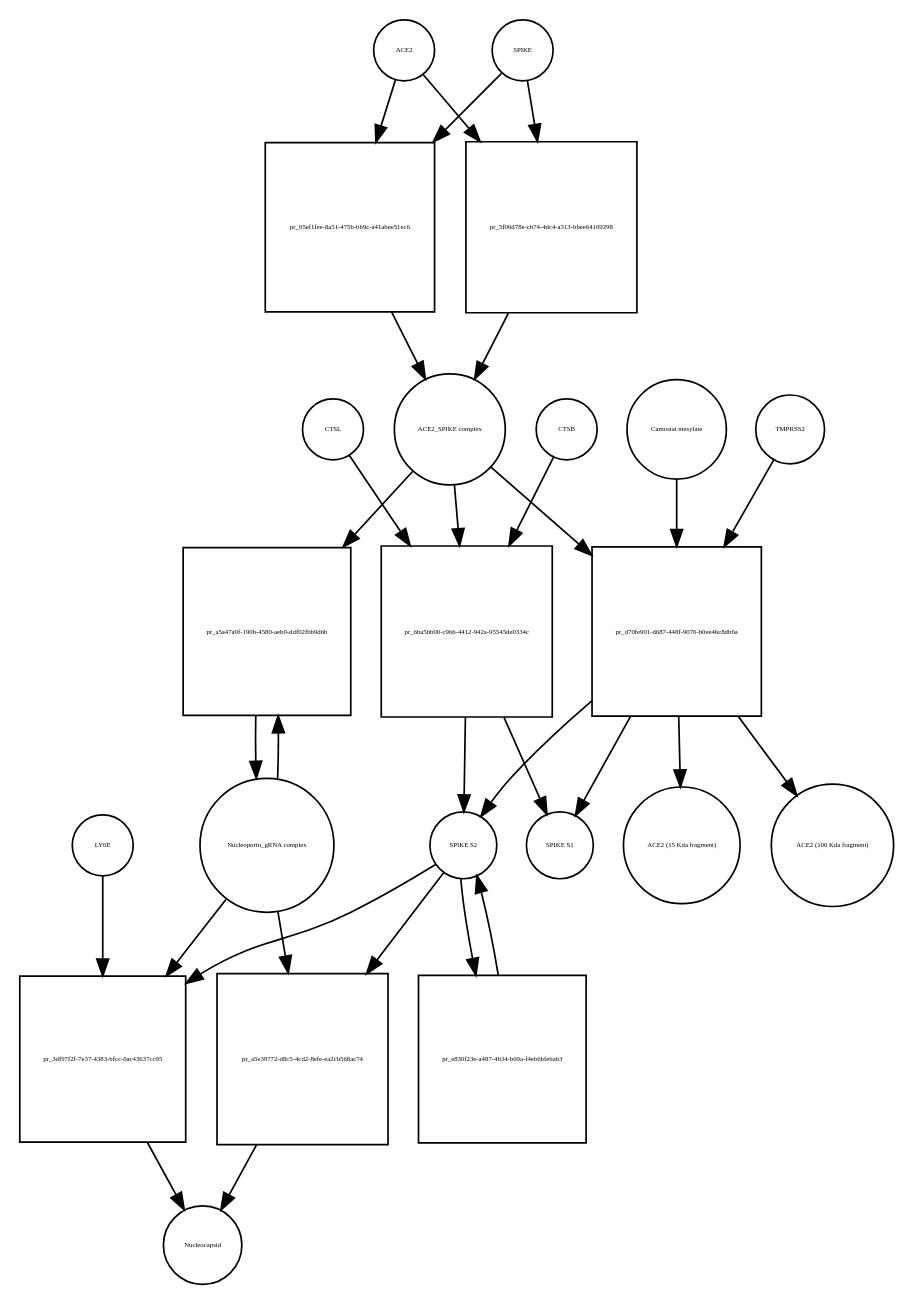
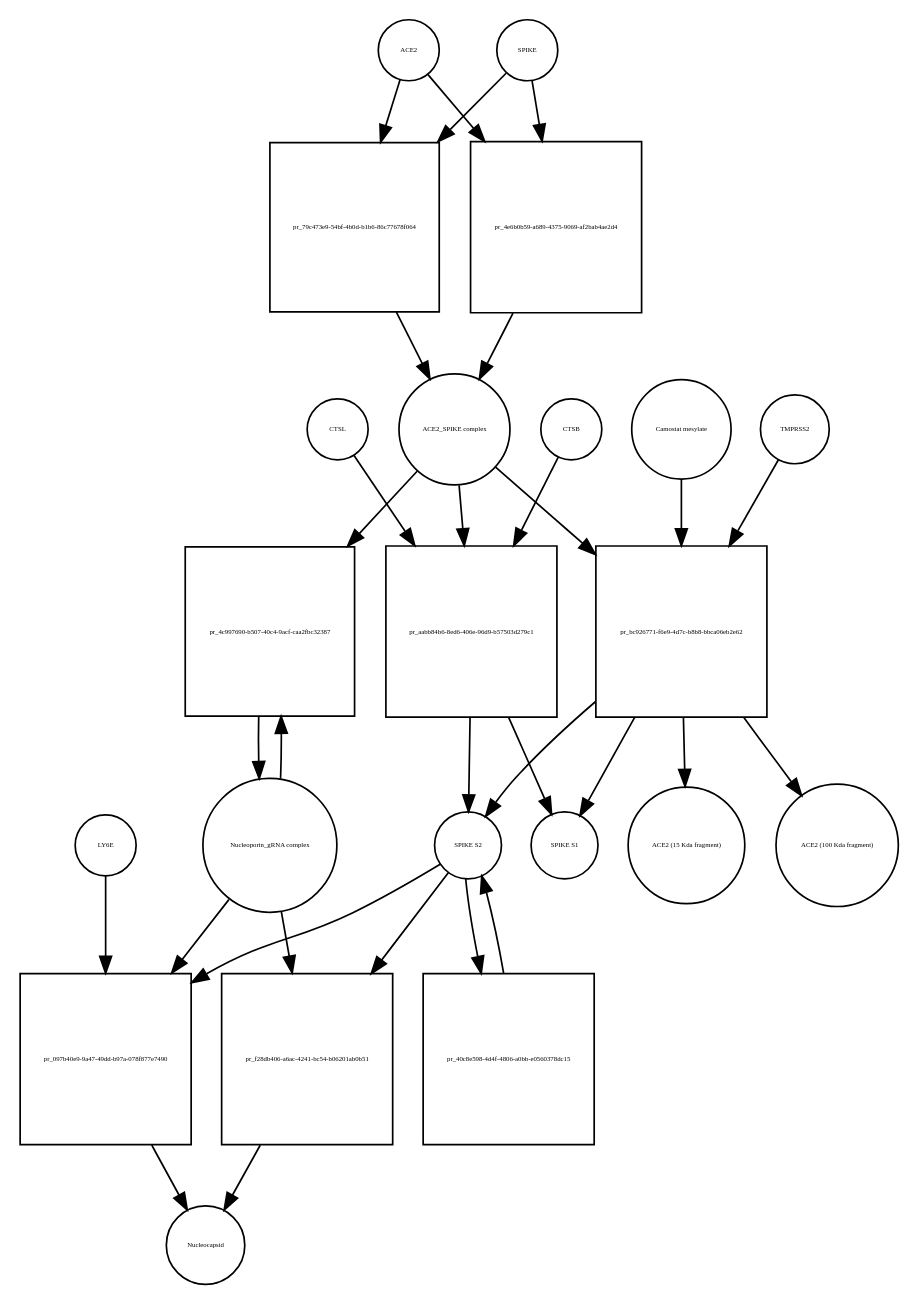
Before and after one commit to cannin/covid19-sbgn: the diagram in Virus_replication_cycle_V02.xml_bipartite.dot, drawn with Graphviz. The commit also changed 637 other files, not shown here.

```diff
--- a/Virus_replication_cycle_V02.xml_bipartite.dot
+++ b/Virus_replication_cycle_V02.xml_bipartite.dot
@@ -1,54 +1,54 @@
 strict digraph  {
 ACE2 [annotation="", bipartite=0, cls=macromolecule, fontsize=4, label=ACE2, shape=circle];
-"pr_05ef1fee-8a51-475b-bb9c-a41abee51ec6" [annotation="", bipartite=1, cls=process, fontsize=4, label="pr_05ef1fee-8a51-475b-bb9c-a41abee51ec6", shape=square];
+"pr_79c473e9-54bf-4b0d-b1b6-86c77678f064" [annotation="", bipartite=1, cls=process, fontsize=4, label="pr_79c473e9-54bf-4b0d-b1b6-86c77678f064", shape=square];
 "ACE2_SPIKE complex" [annotation="", bipartite=0, cls=complex, fontsize=4, label="ACE2_SPIKE complex", shape=circle];
 SPIKE [annotation="", bipartite=0, cls="macromolecule multimer", fontsize=4, label=SPIKE, shape=circle];
 "Nucleoporin_gRNA complex " [annotation="", bipartite=0, cls=complex, fontsize=4, label="Nucleoporin_gRNA complex ", shape=circle];
-"pr_a5a47a9f-190b-4580-aeb0-ddf02fbb9d6b" [annotation="", bipartite=1, cls=process, fontsize=4, label="pr_a5a47a9f-190b-4580-aeb0-ddf02fbb9d6b", shape=square];
-"pr_6ba5bb00-c966-4412-942a-95545de0334c" [annotation="", bipartite=1, cls=process, fontsize=4, label="pr_6ba5bb00-c966-4412-942a-95545de0334c", shape=square];
+"pr_4c997690-b507-40c4-9acf-caa2fbc32387" [annotation="", bipartite=1, cls=process, fontsize=4, label="pr_4c997690-b507-40c4-9acf-caa2fbc32387", shape=square];
+"pr_aabb84b6-8ed6-406e-96d9-b57503d279c1" [annotation="", bipartite=1, cls=process, fontsize=4, label="pr_aabb84b6-8ed6-406e-96d9-b57503d279c1", shape=square];
 "SPIKE S2" [annotation="", bipartite=0, cls=macromolecule, fontsize=4, label="SPIKE S2", shape=circle];
 CTSB [annotation="", bipartite=0, cls=macromolecule, fontsize=4, label=CTSB, shape=circle];
 CTSL [annotation="", bipartite=0, cls=macromolecule, fontsize=4, label=CTSL, shape=circle];
 "SPIKE S1" [annotation="", bipartite=0, cls=macromolecule, fontsize=4, label="SPIKE S1", shape=circle];
-"pr_d70fe901-d687-448f-9076-b0ee46c8db6a" [annotation="", bipartite=1, cls=process, fontsize=4, label="pr_d70fe901-d687-448f-9076-b0ee46c8db6a", shape=square];
+"pr_bc926771-f6e9-4d7c-b8b8-bbca06eb2e62" [annotation="", bipartite=1, cls=process, fontsize=4, label="pr_bc926771-f6e9-4d7c-b8b8-bbca06eb2e62", shape=square];
 TMPRSS2 [annotation="", bipartite=0, cls=macromolecule, fontsize=4, label=TMPRSS2, shape=circle];
 "Camostat mesylate" [annotation="urn_miriam_pubchem.compound_2536", bipartite=0, cls="simple chemical", fontsize=4, label="Camostat mesylate", shape=circle];
 "ACE2 (15 Kda fragment)" [annotation="", bipartite=0, cls=macromolecule, fontsize=4, label="ACE2 (15 Kda fragment)", shape=circle];
 "ACE2 (100 Kda fragment)" [annotation="", bipartite=0, cls=macromolecule, fontsize=4, label="ACE2 (100 Kda fragment)", shape=circle];
-"pr_5f06d78e-cb74-4dc4-a313-bbee64169298" [annotation="", bipartite=1, cls=process, fontsize=4, label="pr_5f06d78e-cb74-4dc4-a313-bbee64169298", shape=square];
-"pr_3df97f2f-7e37-4383-bfcc-0ac43637cc95" [annotation="", bipartite=1, cls=process, fontsize=4, label="pr_3df97f2f-7e37-4383-bfcc-0ac43637cc95", shape=square];
+"pr_4e6b0b59-a689-4375-9069-af2bab4ae2d4" [annotation="", bipartite=1, cls=process, fontsize=4, label="pr_4e6b0b59-a689-4375-9069-af2bab4ae2d4", shape=square];
+"pr_097b40e9-9a47-49dd-b97a-078f877e7490" [annotation="", bipartite=1, cls=process, fontsize=4, label="pr_097b40e9-9a47-49dd-b97a-078f877e7490", shape=square];
 Nucleocapsid [annotation="", bipartite=0, cls=complex, fontsize=4, label=Nucleocapsid, shape=circle];
 LY6E [annotation="", bipartite=0, cls=macromolecule, fontsize=4, label=LY6E, shape=circle];
-"pr_e830f23e-a487-4b34-b69a-f4eb6bfebab3" [annotation="", bipartite=1, cls=process, fontsize=4, label="pr_e830f23e-a487-4b34-b69a-f4eb6bfebab3", shape=square];
-"pr_a5e39772-d8c5-4cd2-8efe-ea2cb568ac74" [annotation="", bipartite=1, cls=process, fontsize=4, label="pr_a5e39772-d8c5-4cd2-8efe-ea2cb568ac74", shape=square];
-ACE2 -> "pr_05ef1fee-8a51-475b-bb9c-a41abee51ec6"  [annotation="", interaction_type=consumption];
-ACE2 -> "pr_5f06d78e-cb74-4dc4-a313-bbee64169298"  [annotation="", interaction_type=consumption];
-"pr_05ef1fee-8a51-475b-bb9c-a41abee51ec6" -> "ACE2_SPIKE complex"  [annotation="", interaction_type=production];
-"ACE2_SPIKE complex" -> "pr_a5a47a9f-190b-4580-aeb0-ddf02fbb9d6b"  [annotation="urn_miriam_pubmed_32142651|urn_miriam_pubmed_32094589", interaction_type=stimulation];
-"ACE2_SPIKE complex" -> "pr_6ba5bb00-c966-4412-942a-95545de0334c"  [annotation="", interaction_type=consumption];
-"ACE2_SPIKE complex" -> "pr_d70fe901-d687-448f-9076-b0ee46c8db6a"  [annotation="", interaction_type=consumption];
-SPIKE -> "pr_05ef1fee-8a51-475b-bb9c-a41abee51ec6"  [annotation="", interaction_type=consumption];
-SPIKE -> "pr_5f06d78e-cb74-4dc4-a313-bbee64169298"  [annotation="", interaction_type=consumption];
-"Nucleoporin_gRNA complex " -> "pr_a5a47a9f-190b-4580-aeb0-ddf02fbb9d6b"  [annotation="", interaction_type=consumption];
-"Nucleoporin_gRNA complex " -> "pr_3df97f2f-7e37-4383-bfcc-0ac43637cc95"  [annotation="", interaction_type=consumption];
-"Nucleoporin_gRNA complex " -> "pr_a5e39772-d8c5-4cd2-8efe-ea2cb568ac74"  [annotation="", interaction_type=consumption];
-"pr_a5a47a9f-190b-4580-aeb0-ddf02fbb9d6b" -> "Nucleoporin_gRNA complex "  [annotation="", interaction_type=production];
-"pr_6ba5bb00-c966-4412-942a-95545de0334c" -> "SPIKE S2"  [annotation="", interaction_type=production];
-"pr_6ba5bb00-c966-4412-942a-95545de0334c" -> "SPIKE S1"  [annotation="", interaction_type=production];
-"SPIKE S2" -> "pr_3df97f2f-7e37-4383-bfcc-0ac43637cc95"  [annotation="urn_miriam_doi_10.1101%2F2020.03.05.979260|urn_miriam_doi_10.1101%2F2020.04.02.021469", interaction_type=stimulation];
-"SPIKE S2" -> "pr_e830f23e-a487-4b34-b69a-f4eb6bfebab3"  [annotation="", interaction_type=consumption];
-"SPIKE S2" -> "pr_a5e39772-d8c5-4cd2-8efe-ea2cb568ac74"  [annotation="", interaction_type=stimulation];
-CTSB -> "pr_6ba5bb00-c966-4412-942a-95545de0334c"  [annotation=urn_miriam_pubmed_32142651, interaction_type=catalysis];
-CTSL -> "pr_6ba5bb00-c966-4412-942a-95545de0334c"  [annotation=urn_miriam_pubmed_32142651, interaction_type=catalysis];
-"pr_d70fe901-d687-448f-9076-b0ee46c8db6a" -> "SPIKE S2"  [annotation="", interaction_type=production];
-"pr_d70fe901-d687-448f-9076-b0ee46c8db6a" -> "SPIKE S1"  [annotation="", interaction_type=production];
-"pr_d70fe901-d687-448f-9076-b0ee46c8db6a" -> "ACE2 (15 Kda fragment)"  [annotation="", interaction_type=production];
-"pr_d70fe901-d687-448f-9076-b0ee46c8db6a" -> "ACE2 (100 Kda fragment)"  [annotation="", interaction_type=production];
-TMPRSS2 -> "pr_d70fe901-d687-448f-9076-b0ee46c8db6a"  [annotation="urn_miriam_pubmed_32142651|urn_miriam_pubmed_32094589|urn_miriam_pubmed_24227843", interaction_type=catalysis];
-"Camostat mesylate" -> "pr_d70fe901-d687-448f-9076-b0ee46c8db6a"  [annotation="urn_miriam_pubmed_32142651|urn_miriam_pubmed_32094589|urn_miriam_pubmed_24227843", interaction_type=inhibition];
-"pr_5f06d78e-cb74-4dc4-a313-bbee64169298" -> "ACE2_SPIKE complex"  [annotation="", interaction_type=production];
-"pr_3df97f2f-7e37-4383-bfcc-0ac43637cc95" -> Nucleocapsid  [annotation="", interaction_type=production];
-LY6E -> "pr_3df97f2f-7e37-4383-bfcc-0ac43637cc95"  [annotation="urn_miriam_doi_10.1101%2F2020.03.05.979260|urn_miriam_doi_10.1101%2F2020.04.02.021469", interaction_type=inhibition];
-"pr_e830f23e-a487-4b34-b69a-f4eb6bfebab3" -> "SPIKE S2"  [annotation="", interaction_type=production];
-"pr_a5e39772-d8c5-4cd2-8efe-ea2cb568ac74" -> Nucleocapsid  [annotation="", interaction_type=production];
+"pr_40c8e598-4d4f-4806-a0bb-e0560378dc15" [annotation="", bipartite=1, cls=process, fontsize=4, label="pr_40c8e598-4d4f-4806-a0bb-e0560378dc15", shape=square];
+"pr_f28db406-a6ac-4241-bc54-b06201ab0b51" [annotation="", bipartite=1, cls=process, fontsize=4, label="pr_f28db406-a6ac-4241-bc54-b06201ab0b51", shape=square];
+ACE2 -> "pr_79c473e9-54bf-4b0d-b1b6-86c77678f064"  [annotation="", interaction_type=consumption];
+ACE2 -> "pr_4e6b0b59-a689-4375-9069-af2bab4ae2d4"  [annotation="", interaction_type=consumption];
+"pr_79c473e9-54bf-4b0d-b1b6-86c77678f064" -> "ACE2_SPIKE complex"  [annotation="", interaction_type=production];
+"ACE2_SPIKE complex" -> "pr_4c997690-b507-40c4-9acf-caa2fbc32387"  [annotation="urn_miriam_pubmed_32142651|urn_miriam_pubmed_32094589", interaction_type=stimulation];
+"ACE2_SPIKE complex" -> "pr_aabb84b6-8ed6-406e-96d9-b57503d279c1"  [annotation="", interaction_type=consumption];
+"ACE2_SPIKE complex" -> "pr_bc926771-f6e9-4d7c-b8b8-bbca06eb2e62"  [annotation="", interaction_type=consumption];
+SPIKE -> "pr_79c473e9-54bf-4b0d-b1b6-86c77678f064"  [annotation="", interaction_type=consumption];
+SPIKE -> "pr_4e6b0b59-a689-4375-9069-af2bab4ae2d4"  [annotation="", interaction_type=consumption];
+"Nucleoporin_gRNA complex " -> "pr_4c997690-b507-40c4-9acf-caa2fbc32387"  [annotation="", interaction_type=consumption];
+"Nucleoporin_gRNA complex " -> "pr_097b40e9-9a47-49dd-b97a-078f877e7490"  [annotation="", interaction_type=consumption];
+"Nucleoporin_gRNA complex " -> "pr_f28db406-a6ac-4241-bc54-b06201ab0b51"  [annotation="", interaction_type=consumption];
+"pr_4c997690-b507-40c4-9acf-caa2fbc32387" -> "Nucleoporin_gRNA complex "  [annotation="", interaction_type=production];
+"pr_aabb84b6-8ed6-406e-96d9-b57503d279c1" -> "SPIKE S2"  [annotation="", interaction_type=production];
+"pr_aabb84b6-8ed6-406e-96d9-b57503d279c1" -> "SPIKE S1"  [annotation="", interaction_type=production];
+"SPIKE S2" -> "pr_097b40e9-9a47-49dd-b97a-078f877e7490"  [annotation="urn_miriam_doi_10.1101%2F2020.03.05.979260|urn_miriam_doi_10.1101%2F2020.04.02.021469", interaction_type=stimulation];
+"SPIKE S2" -> "pr_40c8e598-4d4f-4806-a0bb-e0560378dc15"  [annotation="", interaction_type=consumption];
+"SPIKE S2" -> "pr_f28db406-a6ac-4241-bc54-b06201ab0b51"  [annotation="", interaction_type=stimulation];
+CTSB -> "pr_aabb84b6-8ed6-406e-96d9-b57503d279c1"  [annotation=urn_miriam_pubmed_32142651, interaction_type=catalysis];
+CTSL -> "pr_aabb84b6-8ed6-406e-96d9-b57503d279c1"  [annotation=urn_miriam_pubmed_32142651, interaction_type=catalysis];
+"pr_bc926771-f6e9-4d7c-b8b8-bbca06eb2e62" -> "SPIKE S2"  [annotation="", interaction_type=production];
+"pr_bc926771-f6e9-4d7c-b8b8-bbca06eb2e62" -> "SPIKE S1"  [annotation="", interaction_type=production];
+"pr_bc926771-f6e9-4d7c-b8b8-bbca06eb2e62" -> "ACE2 (15 Kda fragment)"  [annotation="", interaction_type=production];
+"pr_bc926771-f6e9-4d7c-b8b8-bbca06eb2e62" -> "ACE2 (100 Kda fragment)"  [annotation="", interaction_type=production];
+TMPRSS2 -> "pr_bc926771-f6e9-4d7c-b8b8-bbca06eb2e62"  [annotation="urn_miriam_pubmed_32142651|urn_miriam_pubmed_32094589|urn_miriam_pubmed_24227843", interaction_type=catalysis];
+"Camostat mesylate" -> "pr_bc926771-f6e9-4d7c-b8b8-bbca06eb2e62"  [annotation="urn_miriam_pubmed_32142651|urn_miriam_pubmed_32094589|urn_miriam_pubmed_24227843", interaction_type=inhibition];
+"pr_4e6b0b59-a689-4375-9069-af2bab4ae2d4" -> "ACE2_SPIKE complex"  [annotation="", interaction_type=production];
+"pr_097b40e9-9a47-49dd-b97a-078f877e7490" -> Nucleocapsid  [annotation="", interaction_type=production];
+LY6E -> "pr_097b40e9-9a47-49dd-b97a-078f877e7490"  [annotation="urn_miriam_doi_10.1101%2F2020.03.05.979260|urn_miriam_doi_10.1101%2F2020.04.02.021469", interaction_type=inhibition];
+"pr_40c8e598-4d4f-4806-a0bb-e0560378dc15" -> "SPIKE S2"  [annotation="", interaction_type=production];
+"pr_f28db406-a6ac-4241-bc54-b06201ab0b51" -> Nucleocapsid  [annotation="", interaction_type=production];
 }
```
